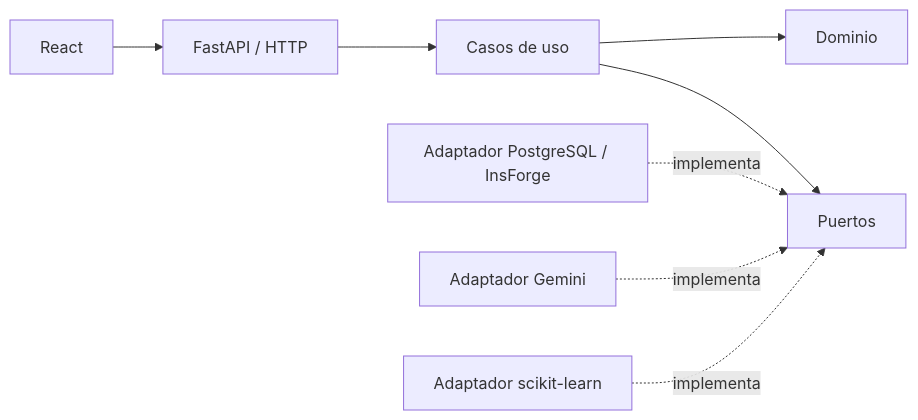
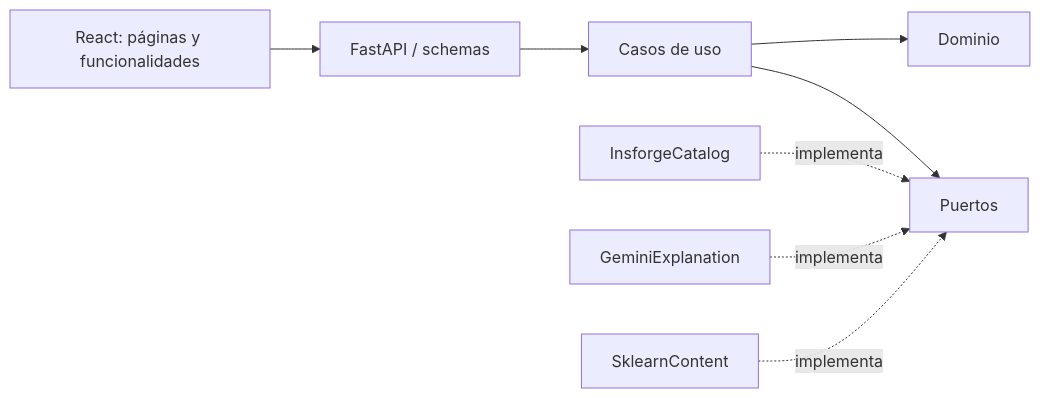
Before and after one commit to HuamaniAlexander/Orienta-Proyecto: the diagram in docs/arquitectura.md, drawn with Mermaid. The commit also changed other lines of this file and 2 other files, not shown here.

````diff
--- a/docs/arquitectura.md
+++ b/docs/arquitectura.md
@@ -3,10 +17,10 @@
 ```mermaid
 flowchart LR
-  React --> HTTP[FastAPI / HTTP]
-  HTTP --> Casos[Casos de uso]
-  Casos --> Dominio
-  Casos --> Puertos
-  PostgreSQL[Adaptador PostgreSQL / InsForge] -. implementa .-> Puertos
-  Gemini[Adaptador Gemini] -. implementa .-> Puertos
-  ML[Adaptador scikit-learn] -. implementa .-> Puertos
+  UI[React: páginas y funcionalidades] --> HTTP[FastAPI / schemas]
+  HTTP --> UC[Casos de uso]
+  UC --> D[Dominio]
+  UC --> P[Puertos]
+  DB[InsforgeCatalog] -. implementa .-> P
+  AI[GeminiExplanation] -. implementa .-> P
+  ML[SklearnContent] -. implementa .-> P
 ```
````
